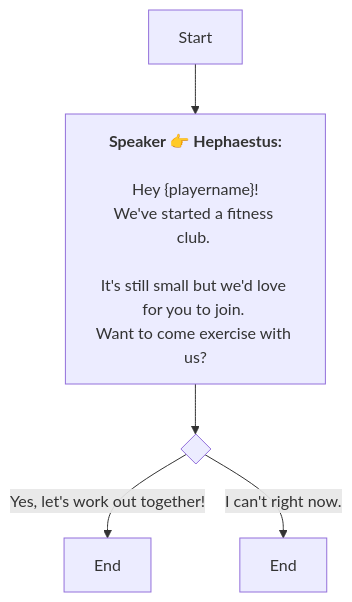
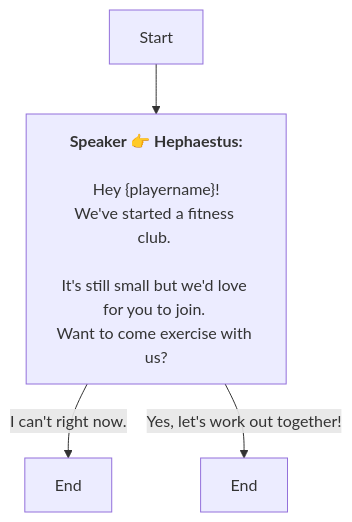
One commit to SoftHu/tos_avg changed the diagram in En/QuestTalkObjectiveNode_1751363785150787.md. Above: the diagram before and after it, drawn with Mermaid. The commit also changed 737 other files, not shown here.

````diff
--- a/En/QuestTalkObjectiveNode_1751363785150787.md
+++ b/En/QuestTalkObjectiveNode_1751363785150787.md
@@ -1,15 +1,12 @@
 ```mermaid
 graph
 Start -->1772589905615049[<b>Speaker 👉 Hephaestus:</b>
-
-Hey &lbrace;playername&rbrace;!
+\nHey &lbrace;playername&rbrace;!
 We've started a fitness club. 
-
-It's still small but we'd love for you to join. 
+\nIt's still small but we'd love for you to join. 
 Want to come exercise with us? 
 ]
-1772589905615049 -->1772589905615052{ }
-1772589905615052 -->|Yes, let's work out together! |1772589905615053[End]
-1772589905615052 -->|I can't right now.  |1772589905615054[End]
+1772589905615049 -->|I can't right now.  |1772589905615054[End]
+1772589905615049 -->|Yes, let's work out together! |1772589905615053[End]
 
- ```
+```
````
